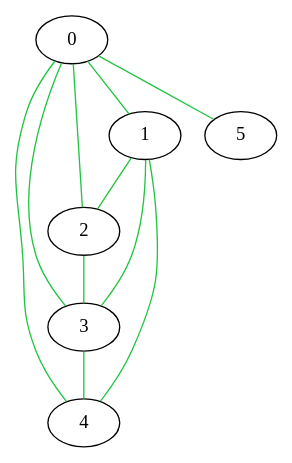
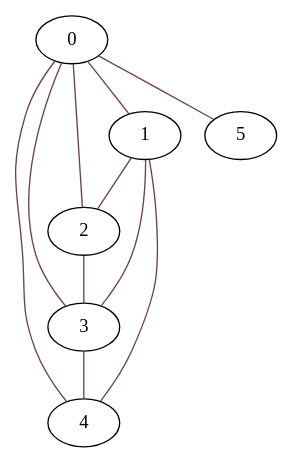
One commit to homoglobina/ChinesePostmen changed the diagram in graph.dot. Above: the diagram before and after it, drawn with Graphviz. The commit also changed 3 other files, not shown here.

```diff
--- a/graph.dot
+++ b/graph.dot
@@ -1,12 +1,12 @@
 graph G {
-  0 -- 1 [color="#22c442"];
-  0 -- 2 [color="#22c442"];
-  0 -- 3 [color="#22c442"];
-  0 -- 4 [color="#22c442"];
-  0 -- 5 [color="#22c442"];
-  1 -- 2 [color="#22c442"];
-  1 -- 3 [color="#22c442"];
-  1 -- 4 [color="#22c442"];
-  2 -- 3 [color="#22c442"];
-  3 -- 4 [color="#22c442"];
+  0 -- 1 [color="#6d414b"];
+  0 -- 2 [color="#6d414b"];
+  0 -- 3 [color="#6d414b"];
+  0 -- 4 [color="#6d414b"];
+  0 -- 5 [color="#6d414b"];
+  1 -- 2 [color="#6d414b"];
+  1 -- 3 [color="#6d414b"];
+  1 -- 4 [color="#6d414b"];
+  2 -- 3 [color="#6d414b"];
+  3 -- 4 [color="#6d414b"];
 }
```
